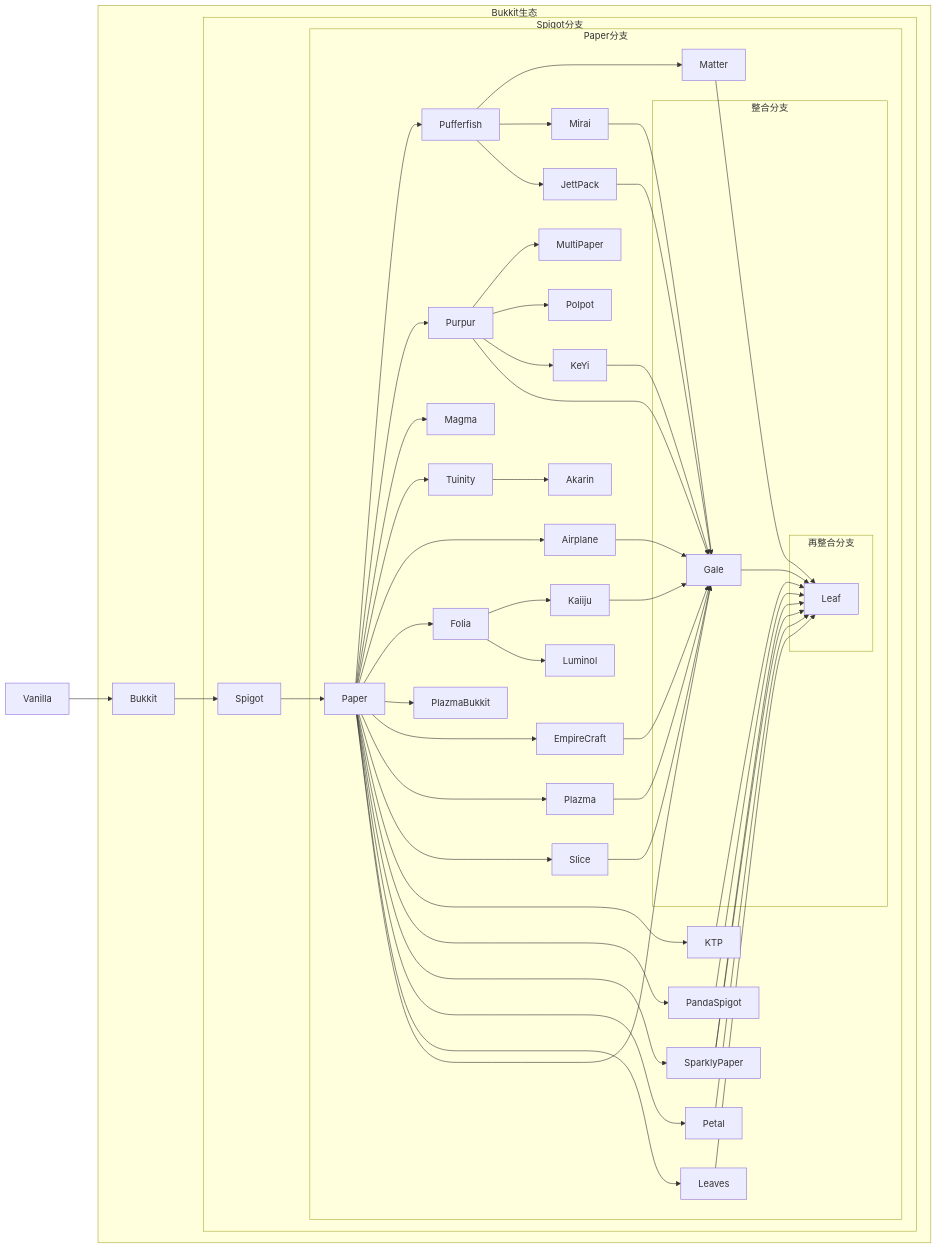
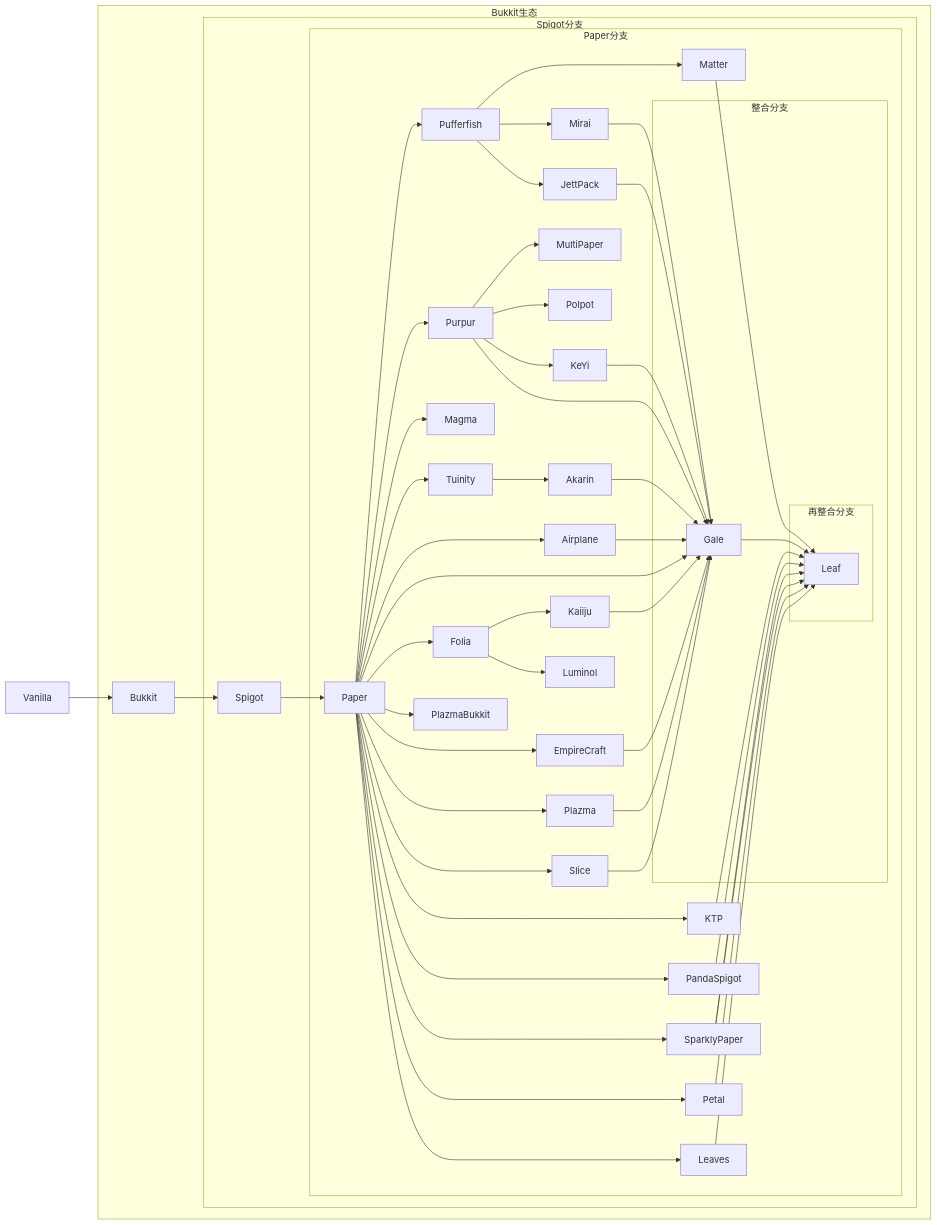
The diagram in docs/zh_CN/JAVA/SpigotSeries/index.md (MSCPO/ServerDocumentation), drawn with Mermaid before and after one commit. The commit also changed other lines of this file, not shown here.

````diff
--- a/docs/zh_CN/JAVA/SpigotSeries/index.md
+++ b/docs/zh_CN/JAVA/SpigotSeries/index.md
@@ -7,59 +9,60 @@
 ```mermaid
 graph LR
     Vanilla --> Bukkit
     subgraph Bukkit生态
         Bukkit --> Spigot
         subgraph Spigot分支
             Spigot --> Paper
             subgraph Paper分支
                 Paper --> Pufferfish
                 Paper --> Purpur
                 Paper --> Magma
                 Pufferfish --> Matter
                 Paper --> Tuinity
                 Tuinity --> Akarin
+                Akarin --> Gale
                 Purpur --> MultiPaper
                 Paper --> Airplane
                 Pufferfish --> Mirai
+                Paper --> Gale
                 Paper --> Folia
                 Folia --> Kaiiju
                 Paper --> PlazmaBukkit
                 Paper --> EmpireCraft
                 Paper --> Plazma
                 Paper --> Slice
                 Pufferfish --> JettPack
                 Purpur --> Polpot
                 Paper --> KTP
                 Paper --> PandaSpigot
                 Paper --> SparklyPaper
                 Paper --> Petal
                 Folia --> Luminol
                 Paper --> Leaves
                 Purpur --> KeYi
-                Paper --> Gale
                 Airplane --> Gale
                 Purpur --> Gale
                 Mirai --> Gale
                 Kaiiju --> Gale
                 Plazma --> Gale
                 KeYi --> Gale
                 EmpireCraft --> Gale
                 Slice --> Gale
                 Petal --> Leaf
                 JettPack --> Gale
                 SparklyPaper --> Leaf
                 Leaves --> Leaf
                 SparklyPaper --> Leaf
                 PandaSpigot --> Leaf
                 Matter --> Leaf
                 KTP --> Leaf
                 subgraph 整合分支
                     Gale --> Leaf
                     subgraph 再整合分支
                         Leaf
                     end
                 end
             end
         end
     end
 ```
````
